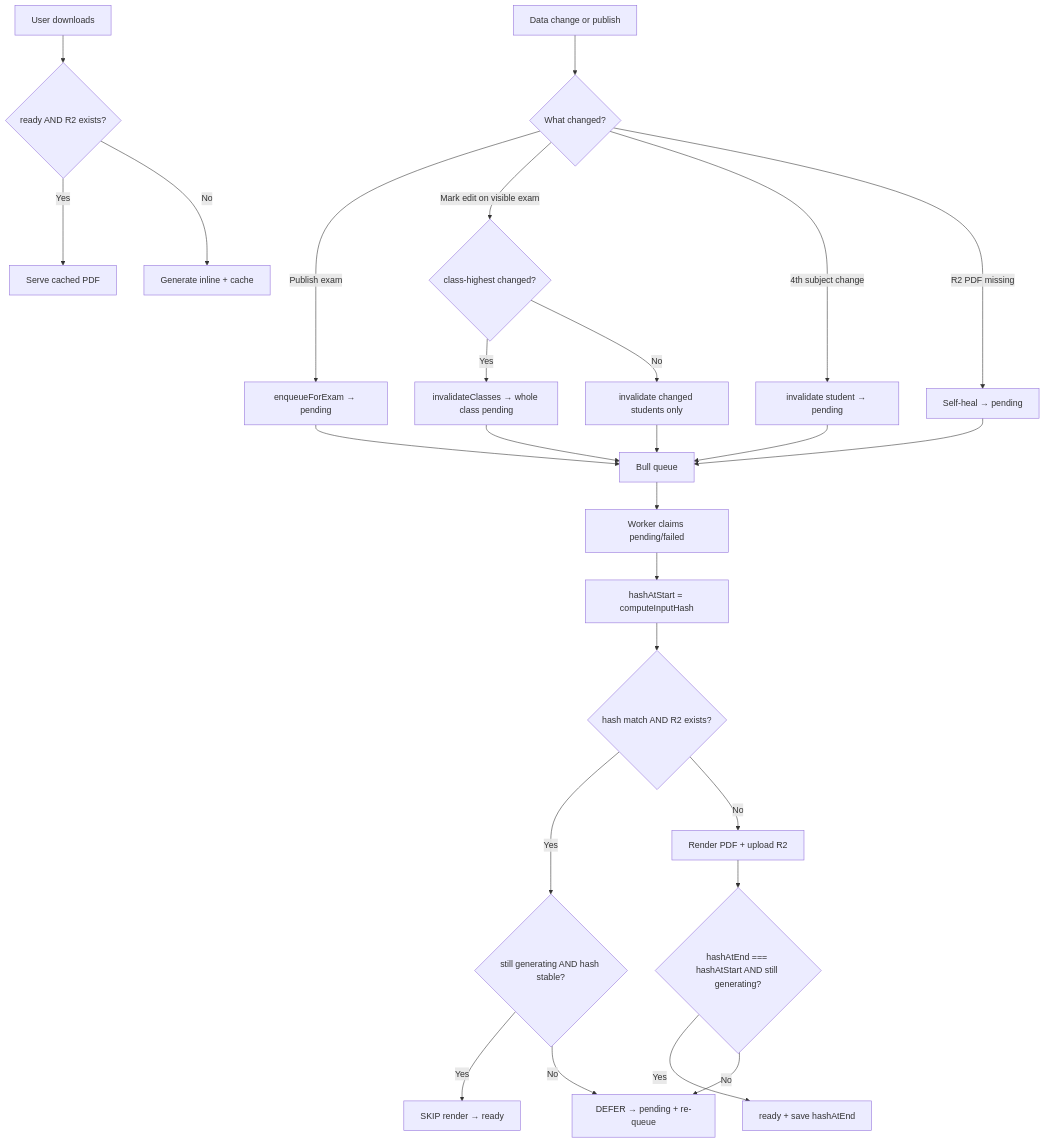
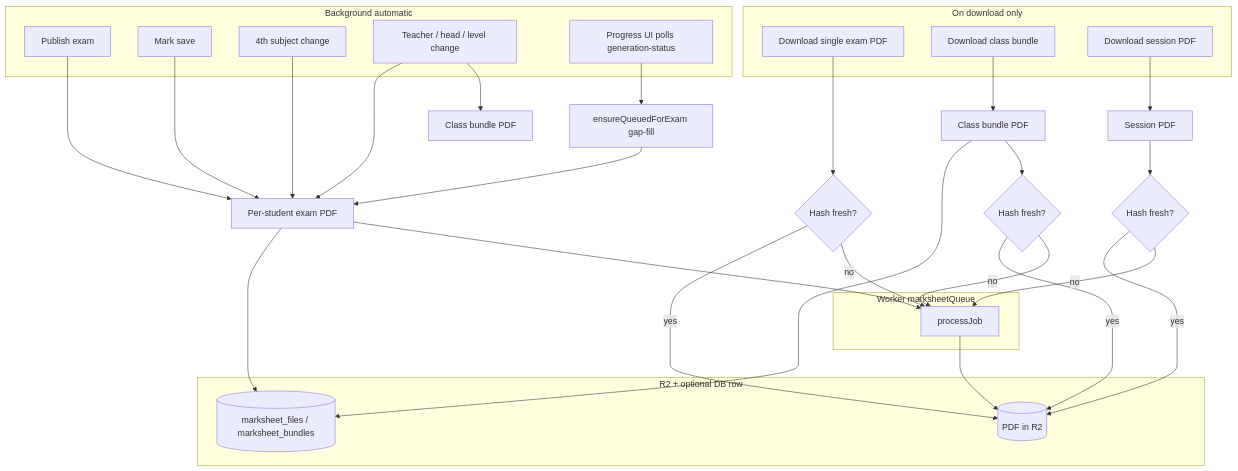
The first of 5 diagrams in server/docs/marksheet-regeneration.md (Mutiur03/School), drawn with Mermaid before and after one commit. The commit also changed other lines of this file and 13 other files, not shown here.

````diff
--- a/server/docs/marksheet-regeneration.md
+++ b/server/docs/marksheet-regeneration.md
@@ -292,31 +246,50 @@
 ```mermaid
-flowchart TD
-    A[Data change or publish] --> B{What changed?}
-    B -->|Publish exam| C["enqueueForExam → pending"]
-    B -->|Mark edit on visible exam| D{class-highest changed?}
-    D -->|Yes| E["invalidateClasses → whole class pending"]
-    D -->|No| F["invalidate changed students only"]
-    B -->|4th subject change| G["invalidate student → pending"]
-    B -->|R2 PDF missing| H["Self-heal → pending"]
+flowchart TB
+  subgraph auto ["Background automatic"]
+    P[Publish exam]
+    M[Mark save]
+    F[4th subject change]
+    T[Teacher / head / level change]
+    GS[Progress UI polls generation-status]
+  end
 
-    C --> I[Bull queue]
-    E --> I
-    F --> I
-    G --> I
-    H --> I
+  subgraph onreq ["On download only"]
+    D1[Download single exam PDF]
+    D2[Download class bundle]
+    D3[Download session PDF]
+  end
 
-    I --> J["Worker claims pending/failed"]
-    J --> K[hashAtStart = computeInputHash]
-    K --> L{"hash match AND R2 exists?"}
-    L -->|Yes| M{"still generating AND hash stable?"}
-    M -->|Yes| N["SKIP render → ready"]
-    M -->|No| O["DEFER → pending + re-queue"]
-    L -->|No| P[Render PDF + upload R2]
-    P --> Q{"hashAtEnd === hashAtStart AND still generating?"}
-    Q -->|Yes| R["ready + save hashAtEnd"]
-    Q -->|No| O
+  subgraph worker ["Worker marksheetQueue"]
+    W[processJob]
+  end
 
-    S[User downloads] --> T{"ready AND R2 exists?"}
-    T -->|Yes| U[Serve cached PDF]
-    T -->|No| V[Generate inline + cache]
+  subgraph cache ["R2 + optional DB row"]
+    R2[(PDF in R2)]
+    DB[(marksheet_files / marksheet_bundles)]
+  end
+
+  P --> S[Per-student exam PDF]
+  M --> S
+  F --> S
+  T --> S
+  T --> B2[Class bundle PDF]
+  GS --> EQ[ensureQueuedForExam gap-fill]
+  EQ --> S
+  S --> DB
+  S --> W --> R2
+
+  D1 --> H1{Hash fresh?}
+  H1 -->|yes| R2
+  H1 -->|no| W
+
+  D2 --> B[Class bundle PDF]
+  B --> DB
+  B --> H2{Hash fresh?}
+  H2 -->|yes| R2
+  H2 -->|no| W
+
+  D3 --> SS[Session PDF]
+  SS --> H3{Hash fresh?}
+  H3 -->|yes| R2
+  H3 -->|no| W
 ```
````
